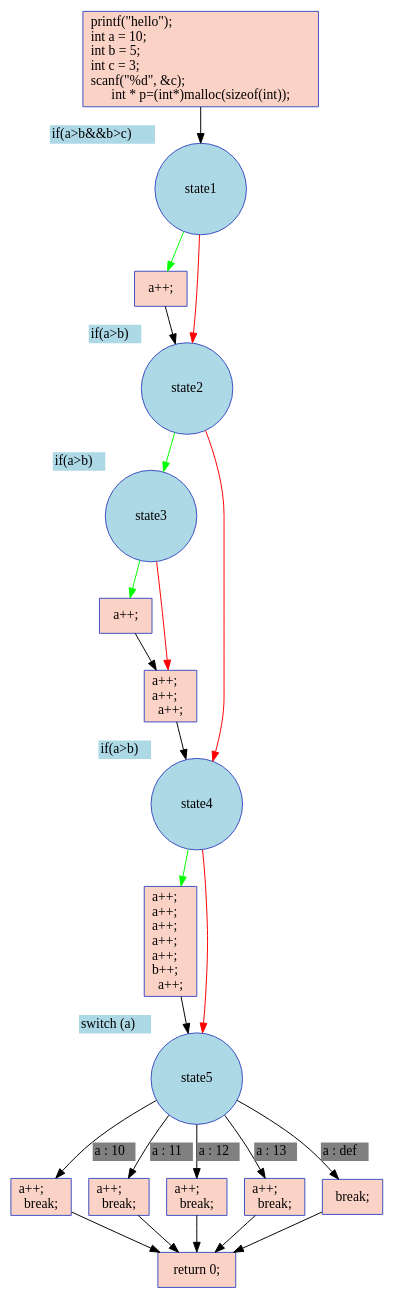
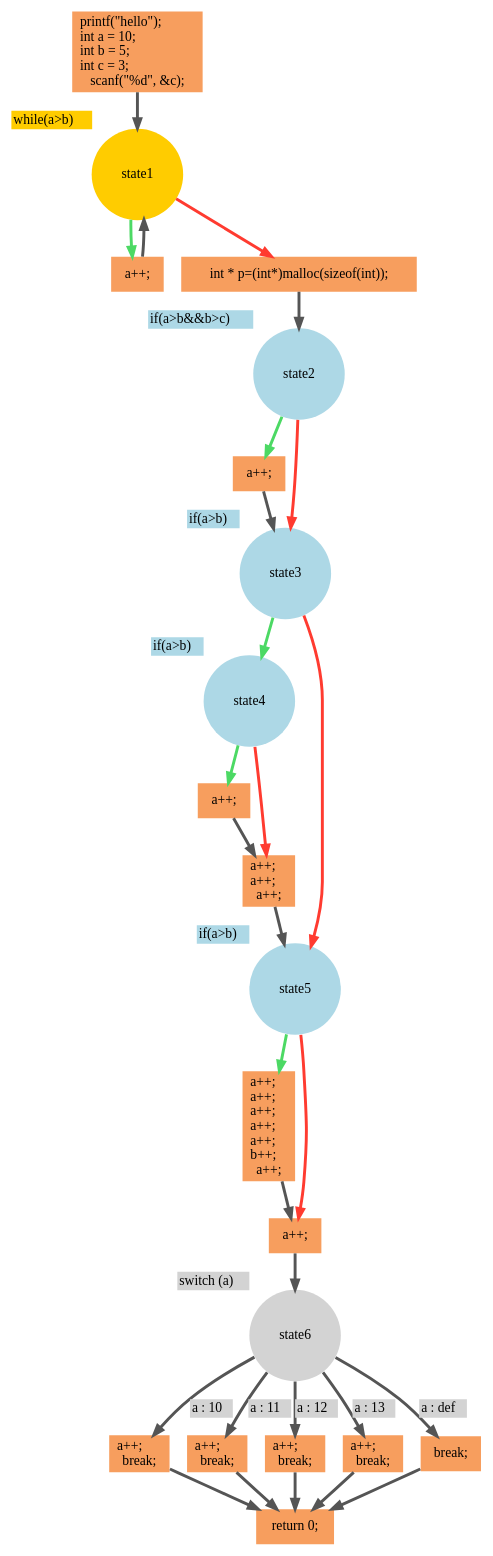
The diagram in source2fsm/output/.hard_test_main.dot (taylor-swift-13/source2fsm), drawn with Graphviz before and after one commit. The commit also changed 33 other files, not shown here.

```diff
--- a/source2fsm/output/.hard_test_main.dot
+++ b/source2fsm/output/.hard_test_main.dot
@@ -1,41 +1,50 @@
 digraph "FSM for 'main' function" {
-Node0xdef940 [shape=record, color="#3d50c3ff", style=filled, fillcolor="#f59c7d70", label="{printf(\"hello\");\lint a = 10;\lint b = 5;\lint c = 3;\lscanf(\"%d\", &amp;c);\lint * p=(int*)malloc(sizeof(int));}"];
-Node0xdef941 [shape=circle, color="#3d50c3ff", style=filled, fillcolor="#ADD8E6", label=state1, xlabel=<<TABLE BORDER="0" CELLBORDER="0" CELLSPACING="0"><TR><TD BGCOLOR="lightblue" ALIGN="center">if(a&gt;b&amp;&amp;b&gt;c)</TD></TR></TABLE>>, fixedsize=true, width=1.3, height=1.3];
-Node0xdf1260 [shape=record, color="#3d50c3ff", style=filled, fillcolor="#f59c7d70", label="{a++;}"];
-Node0xdf0fb1 [shape=circle, color="#3d50c3ff", style=filled, fillcolor="#ADD8E6", label=state2, xlabel=<<TABLE BORDER="0" CELLBORDER="0" CELLSPACING="0"><TR><TD BGCOLOR="lightblue" ALIGN="center">if(a&gt;b)</TD></TR></TABLE>>, fixedsize=true, width=1.3, height=1.3];
-Node0xdf1641 [shape=circle, color="#3d50c3ff", style=filled, fillcolor="#ADD8E6", label=state3, xlabel=<<TABLE BORDER="0" CELLBORDER="0" CELLSPACING="0"><TR><TD BGCOLOR="lightblue" ALIGN="center">if(a&gt;b)</TD></TR></TABLE>>, fixedsize=true, width=1.3, height=1.3];
-Node0xdf1900 [shape=record, color="#3d50c3ff", style=filled, fillcolor="#f59c7d70", label="{a++;}"];
-Node0xdf1950 [shape=record, color="#3d50c3ff", style=filled, fillcolor="#f59c7d70", label="{a++;\la++;\la++;}"];
-Node0xdf1691 [shape=circle, color="#3d50c3ff", style=filled, fillcolor="#ADD8E6", label=state4, xlabel=<<TABLE BORDER="0" CELLBORDER="0" CELLSPACING="0"><TR><TD BGCOLOR="lightblue" ALIGN="center">if(a&gt;b)</TD></TR></TABLE>>, fixedsize=true, width=1.3, height=1.3];
-Node0xdf2530 [shape=record, color="#3d50c3ff", style=filled, fillcolor="#f59c7d70", label="{a++;\la++;\la++;\la++;\la++;\lb++;\la++;}"];
-Node0xdf2581 [shape=circle, color="#3d50c3ff", style=filled, fillcolor="#ADD8E6", label=state5, xlabel=<<TABLE BORDER="0" CELLBORDER="0" CELLSPACING="0"><TR><TD BGCOLOR="lightblue" ALIGN="center">switch (a)</TD></TR></TABLE>>, fixedsize=true, width=1.3, height=1.3];
-Node0xdf32a0 [shape=record, color="#3d50c3ff", style=filled, fillcolor="#f59c7d70", label="{a++;\lbreak;}"];
-Node0xdf3320 [shape=record, color="#3d50c3ff", style=filled, fillcolor="#f59c7d70", label="{a++;\lbreak;}"];
-Node0xdf33a0 [shape=record, color="#3d50c3ff", style=filled, fillcolor="#f59c7d70", label="{a++;\lbreak;}"];
-Node0xdf3460 [shape=record, color="#3d50c3ff", style=filled, fillcolor="#f59c7d70", label="{a++;\lbreak;}"];
-Node0xdf3250 [shape=record, color="#3d50c3ff", style=filled, fillcolor="#f59c7d70", label="{break;}"];
-Node0xdf3820 [shape=record, color="#3d50c3ff", style=filled, fillcolor="#f59c7d70", label="{return 0;}"];
-Node0xdef940 -> Node0xdef941;
-Node0xdf1260 -> Node0xdf0fb1;
-Node0xdf1900 -> Node0xdf1950;
-Node0xdf1950 -> Node0xdf1691;
-Node0xdf2530 -> Node0xdf2581;
-Node0xdf32a0 -> Node0xdf3820;
-Node0xdf3320 -> Node0xdf3820;
-Node0xdf33a0 -> Node0xdf3820;
-Node0xdf3460 -> Node0xdf3820;
-Node0xdf3250 -> Node0xdf3820;
-Node0xdef941 -> Node0xdf0fb1 [color="#ff0000"];
-Node0xdf0fb1 -> Node0xdf1641 [color="#00ff00"];
-Node0xdf0fb1 -> Node0xdf1691 [color="#ff0000"];
-Node0xdf1641 -> Node0xdf1900 [color="#00ff00"];
-Node0xdf1641 -> Node0xdf1950 [color="#ff0000"];
-Node0xdf1691 -> Node0xdf2530 [color="#00ff00"];
-Node0xdf1691 -> Node0xdf2581 [color="#ff0000"];
-Node0xdf2581 -> Node0xdf3250 [label=<<TABLE BORDER="0" CELLBORDER="0" CELLSPACING="0"><TR><TD BGCOLOR="grey" ALIGN="center">a : def</TD></TR></TABLE>>];
-Node0xdf2581 -> Node0xdf32a0 [label=<<TABLE BORDER="0" CELLBORDER="0" CELLSPACING="0"><TR><TD BGCOLOR="grey" ALIGN="center">a : 10</TD></TR></TABLE>>];
-Node0xdf2581 -> Node0xdf3320 [label=<<TABLE BORDER="0" CELLBORDER="0" CELLSPACING="0"><TR><TD BGCOLOR="grey" ALIGN="center">a : 11</TD></TR></TABLE>>];
-Node0xdf2581 -> Node0xdf33a0 [label=<<TABLE BORDER="0" CELLBORDER="0" CELLSPACING="0"><TR><TD BGCOLOR="grey" ALIGN="center">a : 12</TD></TR></TABLE>>];
-Node0xdf2581 -> Node0xdf3460 [label=<<TABLE BORDER="0" CELLBORDER="0" CELLSPACING="0"><TR><TD BGCOLOR="grey" ALIGN="center">a : 13</TD></TR></TABLE>>];
-Node0xdef941 -> Node0xdf1260 [color="#00ff00"];
+Node0x1e34c20 [shape=record, color=transparent, style=filled, fillcolor="#F79e5e", label="{printf(\"hello\");\lint a = 10;\lint b = 5;\lint c = 3;\lscanf(\"%d\", &amp;c);}"];
+Node0x1e35cd1 [shape=circle, color=transparent, style=filled, fillcolor="#FFCC00", label=state1, xlabel=<<TABLE BORDER="0" CELLBORDER="0" CELLSPACING="0"><TR><TD BGCOLOR="#FFCC00" ALIGN="center">while(a&gt;b)</TD></TR></TABLE>>, fixedsize=true, width=1.3, height=1.3];
+Node0x1e35500 [shape=record, color=transparent, style=filled, fillcolor="#F79e5e", label="{a++;}"];
+Node0x1e35fd0 [shape=record, color=transparent, style=filled, fillcolor="#F79e5e", label="{int * p=(int*)malloc(sizeof(int));}"];
+Node0x1e35fd1 [shape=circle, color=transparent, style=filled, fillcolor="#ADD8E6", label=state2, xlabel=<<TABLE BORDER="0" CELLBORDER="0" CELLSPACING="0"><TR><TD BGCOLOR="#ADD8E6" ALIGN="center">if(a&gt;b&amp;&amp;b&gt;c)</TD></TR></TABLE>>, fixedsize=true, width=1.3, height=1.3];
+Node0x1e37560 [shape=record, color=transparent, style=filled, fillcolor="#F79e5e", label="{a++;}"];
+Node0x1e372b1 [shape=circle, color=transparent, style=filled, fillcolor="#ADD8E6", label=state3, xlabel=<<TABLE BORDER="0" CELLBORDER="0" CELLSPACING="0"><TR><TD BGCOLOR="#ADD8E6" ALIGN="center">if(a&gt;b)</TD></TR></TABLE>>, fixedsize=true, width=1.3, height=1.3];
+Node0x1e379d1 [shape=circle, color=transparent, style=filled, fillcolor="#ADD8E6", label=state4, xlabel=<<TABLE BORDER="0" CELLBORDER="0" CELLSPACING="0"><TR><TD BGCOLOR="#ADD8E6" ALIGN="center">if(a&gt;b)</TD></TR></TABLE>>, fixedsize=true, width=1.3, height=1.3];
+Node0x1e37ea0 [shape=record, color=transparent, style=filled, fillcolor="#F79e5e", label="{a++;}"];
+Node0x1e37ef0 [shape=record, color=transparent, style=filled, fillcolor="#F79e5e", label="{a++;\la++;\la++;}"];
+Node0x1e37a21 [shape=circle, color=transparent, style=filled, fillcolor="#ADD8E6", label=state5, xlabel=<<TABLE BORDER="0" CELLBORDER="0" CELLSPACING="0"><TR><TD BGCOLOR="#ADD8E6" ALIGN="center">if(a&gt;b)</TD></TR></TABLE>>, fixedsize=true, width=1.3, height=1.3];
+Node0x1e388c0 [shape=record, color=transparent, style=filled, fillcolor="#F79e5e", label="{a++;\la++;\la++;\la++;\la++;\lb++;\la++;}"];
+Node0x1e38910 [shape=record, color=transparent, style=filled, fillcolor="#F79e5e", label="{a++;}"];
+Node0x1e38911 [shape=circle, color=transparent, style=filled, fillcolor="#D3D3D3", label=state6, xlabel=<<TABLE BORDER="0" CELLBORDER="0" CELLSPACING="0"><TR><TD BGCOLOR="#D3D3D3" ALIGN="center">switch (a)</TD></TR></TABLE>>, fixedsize=true, width=1.3, height=1.3];
+Node0x1e39bd0 [shape=record, color=transparent, style=filled, fillcolor="#F79e5e", label="{a++;\lbreak;}"];
+Node0x1e39c50 [shape=record, color=transparent, style=filled, fillcolor="#F79e5e", label="{a++;\lbreak;}"];
+Node0x1e39cd0 [shape=record, color=transparent, style=filled, fillcolor="#F79e5e", label="{a++;\lbreak;}"];
+Node0x1e39d90 [shape=record, color=transparent, style=filled, fillcolor="#F79e5e", label="{a++;\lbreak;}"];
+Node0x1e39b80 [shape=record, color=transparent, style=filled, fillcolor="#F79e5e", label="{break;}"];
+Node0x1e3a150 [shape=record, color=transparent, style=filled, fillcolor="#F79e5e", label="{return 0;}"];
+Node0x1e34c20 -> Node0x1e35cd1 [penwidth=3, color="#555555"];
+Node0x1e35500 -> Node0x1e35cd1 [penwidth=3, color="#555555"];
+Node0x1e35fd0 -> Node0x1e35fd1 [penwidth=3, color="#555555"];
+Node0x1e37560 -> Node0x1e372b1 [penwidth=3, color="#555555"];
+Node0x1e37ea0 -> Node0x1e37ef0 [penwidth=3, color="#555555"];
+Node0x1e37ef0 -> Node0x1e37a21 [penwidth=3, color="#555555"];
+Node0x1e388c0 -> Node0x1e38910 [penwidth=3, color="#555555"];
+Node0x1e38910 -> Node0x1e38911 [penwidth=3, color="#555555"];
+Node0x1e39bd0 -> Node0x1e3a150 [penwidth=3, color="#555555"];
+Node0x1e39c50 -> Node0x1e3a150 [penwidth=3, color="#555555"];
+Node0x1e39cd0 -> Node0x1e3a150 [penwidth=3, color="#555555"];
+Node0x1e39d90 -> Node0x1e3a150 [penwidth=3, color="#555555"];
+Node0x1e39b80 -> Node0x1e3a150 [penwidth=3, color="#555555"];
+Node0x1e35cd1 -> Node0x1e35500 [color="#4CD964", penwidth=3];
+Node0x1e35cd1 -> Node0x1e35fd0 [color="#FF3B30", penwidth=3];
+Node0x1e35fd1 -> Node0x1e372b1 [color="#FF3B30", penwidth=3];
+Node0x1e372b1 -> Node0x1e379d1 [color="#4CD964", penwidth=3];
+Node0x1e372b1 -> Node0x1e37a21 [color="#FF3B30", penwidth=3];
+Node0x1e379d1 -> Node0x1e37ea0 [color="#4CD964", penwidth=3];
+Node0x1e379d1 -> Node0x1e37ef0 [color="#FF3B30", penwidth=3];
+Node0x1e37a21 -> Node0x1e388c0 [color="#4CD964", penwidth=3];
+Node0x1e37a21 -> Node0x1e38910 [color="#FF3B30", penwidth=3];
+Node0x1e38911 -> Node0x1e39b80 [label=<<TABLE BORDER="0" CELLBORDER="0" CELLSPACING="0"><TR><TD BGCOLOR="#D3D3D3" ALIGN="center">a : def</TD></TR></TABLE>>, penwidth=3, color="#555555"];
+Node0x1e38911 -> Node0x1e39bd0 [label=<<TABLE BORDER="0" CELLBORDER="0" CELLSPACING="0"><TR><TD BGCOLOR="#D3D3D3" ALIGN="center">a : 10</TD></TR></TABLE>>, penwidth=3, color="#555555"];
+Node0x1e38911 -> Node0x1e39c50 [label=<<TABLE BORDER="0" CELLBORDER="0" CELLSPACING="0"><TR><TD BGCOLOR="#D3D3D3" ALIGN="center">a : 11</TD></TR></TABLE>>, penwidth=3, color="#555555"];
+Node0x1e38911 -> Node0x1e39cd0 [label=<<TABLE BORDER="0" CELLBORDER="0" CELLSPACING="0"><TR><TD BGCOLOR="#D3D3D3" ALIGN="center">a : 12</TD></TR></TABLE>>, penwidth=3, color="#555555"];
+Node0x1e38911 -> Node0x1e39d90 [label=<<TABLE BORDER="0" CELLBORDER="0" CELLSPACING="0"><TR><TD BGCOLOR="#D3D3D3" ALIGN="center">a : 13</TD></TR></TABLE>>, penwidth=3, color="#555555"];
+Node0x1e35fd1 -> Node0x1e37560 [color="#4CD964", penwidth=3];
 }
```
